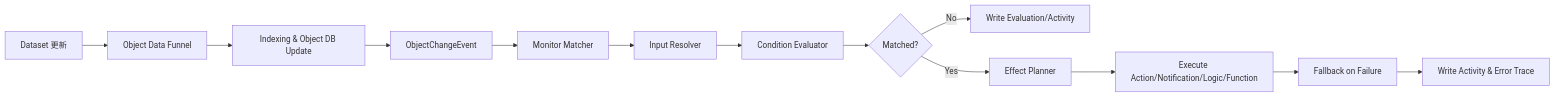
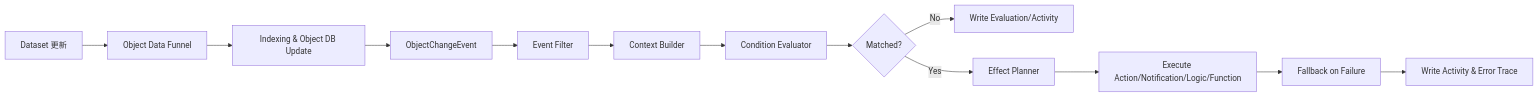
The first of 16 diagrams in docs/object_monitor/object_monitor_palantir_research.md (littleDrew/ontology), drawn with Mermaid before and after one commit. The commit also changed other lines of this file, not shown here.

````diff
--- a/docs/object_monitor/object_monitor_palantir_research.md
+++ b/docs/object_monitor/object_monitor_palantir_research.md
@@ -175,15 +176,15 @@
 ```mermaid
 flowchart LR
     A[Dataset 更新] --> B[Object Data Funnel]
     B --> C[Indexing & Object DB Update]
     C --> D[ObjectChangeEvent]
-    D --> E[Monitor Matcher]
-    E --> F[Input Resolver]
+    D --> E[Event Filter]
+    E --> F[Context Builder]
     F --> G[Condition Evaluator]
     G --> H{Matched?}
     H -- No --> I[Write Evaluation/Activity]
     H -- Yes --> J[Effect Planner]
     J --> K[Execute Action/Notification/Logic/Function]
     K --> L[Fallback on Failure]
     L --> M[Write Activity & Error Trace]
 ```
````
